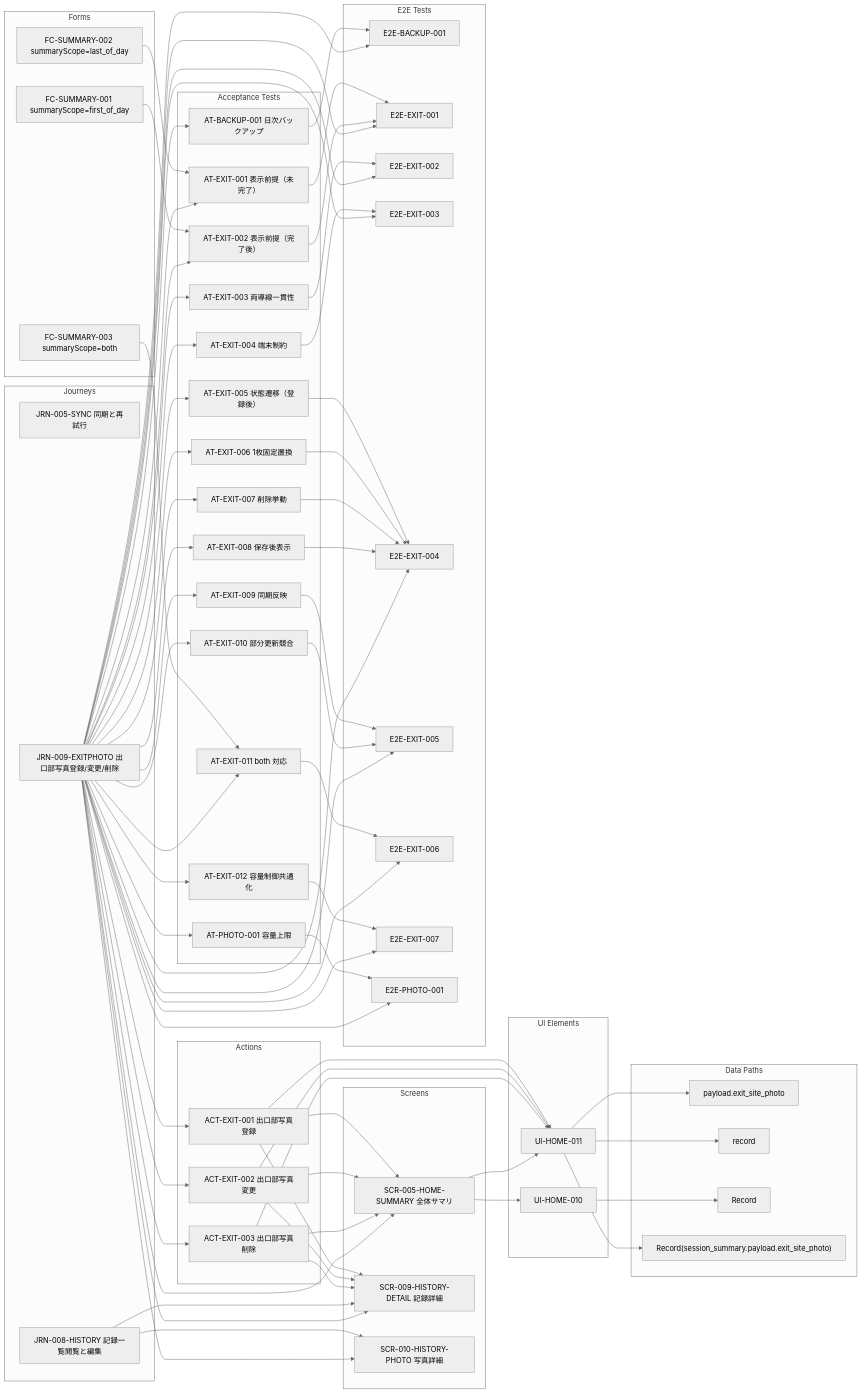
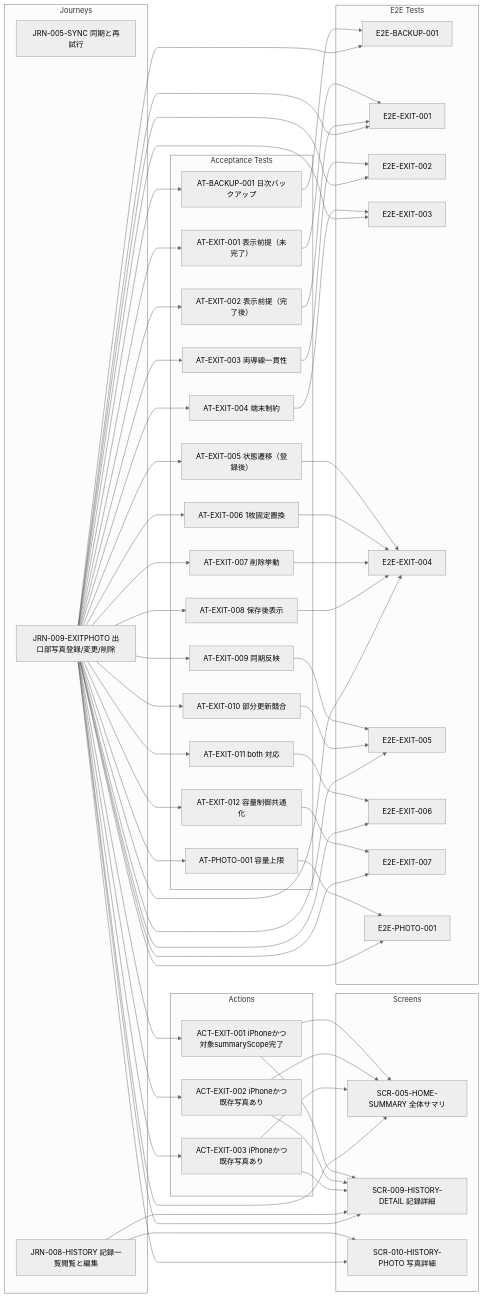
One commit to h-sakanet/capd_navi changed the diagram in docs/generated/screens/SCR-005-HOME-SUMMARY.md. Above: the diagram before and after it, drawn with Mermaid (neutral theme). The commit also changed 475 other files, not shown here.

````diff
--- a/docs/generated/screens/SCR-005-HOME-SUMMARY.md
+++ b/docs/generated/screens/SCR-005-HOME-SUMMARY.md
@@ -4,28 +4,19 @@
 flowchart LR
   %% SCR-005-HOME-SUMMARY
   subgraph JRN["Journeys"]
-    N34["JRN-005-SYNC 同期と再試行"]
-    N35["JRN-008-HISTORY 記録一覧閲覧と編集"]
-    N36["JRN-009-EXITPHOTO 出口部写真登録/変更/削除"]
+    N27["JRN-005-SYNC 同期と再試行"]
+    N28["JRN-008-HISTORY 記録一覧閲覧と編集"]
+    N29["JRN-009-EXITPHOTO 出口部写真登録/変更/削除"]
   end
   subgraph ACT["Actions"]
-    N1["ACT-EXIT-001 出口部写真登録"]
-    N2["ACT-EXIT-002 出口部写真変更"]
-    N3["ACT-EXIT-003 出口部写真削除"]
+    N1["ACT-EXIT-001 iPhoneかつ対象summaryScope完了"]
+    N2["ACT-EXIT-002 iPhoneかつ既存写真あり"]
+    N3["ACT-EXIT-003 iPhoneかつ既存写真あり"]
   end
   subgraph SCR["Screens"]
-    N37["SCR-005-HOME-SUMMARY 全体サマリ"]
-    N38["SCR-009-HISTORY-DETAIL 記録詳細"]
-    N39["SCR-010-HISTORY-PHOTO 写真詳細"]
-  end
-  subgraph FC["Forms"]
-    N31["FC-SUMMARY-001 summaryScope=first_of_day"]
-    N32["FC-SUMMARY-002 summaryScope=last_of_day"]
-    N33["FC-SUMMARY-003 summaryScope=both"]
-  end
-  subgraph UI["UI Elements"]
-    N40["UI-HOME-010"]
-    N41["UI-HOME-011"]
+    N30["SCR-005-HOME-SUMMARY 全体サマリ"]
+    N31["SCR-009-HISTORY-DETAIL 記録詳細"]
+    N32["SCR-010-HISTORY-PHOTO 写真詳細"]
   end
   subgraph AT["Acceptance Tests"]
     N4["AT-BACKUP-001 日次バックアップ"]
@@ -44,83 +35,65 @@
     N17["AT-PHOTO-001 容量上限"]
   end
   subgraph E2E["E2E Tests"]
-    N22["E2E-BACKUP-001"]
-    N23["E2E-EXIT-001"]
-    N24["E2E-EXIT-002"]
-    N25["E2E-EXIT-003"]
-    N26["E2E-EXIT-004"]
-    N27["E2E-EXIT-005"]
-    N28["E2E-EXIT-006"]
-    N29["E2E-EXIT-007"]
-    N30["E2E-PHOTO-001"]
+    N18["E2E-BACKUP-001"]
+    N19["E2E-EXIT-001"]
+    N20["E2E-EXIT-002"]
+    N21["E2E-EXIT-003"]
+    N22["E2E-EXIT-004"]
+    N23["E2E-EXIT-005"]
+    N24["E2E-EXIT-006"]
+    N25["E2E-EXIT-007"]
+    N26["E2E-PHOTO-001"]
   end
-  subgraph DATA["Data Paths"]
-    N18["payload.exit_site_photo"]
-    N19["record"]
-    N20["Record"]
-    N21["Record(session_summary.payload.exit_site_photo)"]
-  end
-  N1 --> N37
-  N1 --> N38
-  N1 --> N41
-  N2 --> N37
-  N2 --> N38
-  N2 --> N41
-  N3 --> N37
-  N3 --> N38
-  N3 --> N41
-  N4 --> N22
-  N5 --> N23
-  N6 --> N23
-  N7 --> N24
-  N8 --> N25
-  N9 --> N26
-  N10 --> N26
-  N11 --> N26
-  N12 --> N26
-  N13 --> N27
-  N14 --> N27
-  N15 --> N28
-  N16 --> N29
-  N17 --> N30
-  N31 --> N6
-  N32 --> N5
-  N33 --> N15
-  N35 --> N38
-  N35 --> N39
-  N36 --> N1
-  N36 --> N2
-  N36 --> N3
-  N36 --> N4
-  N36 --> N5
-  N36 --> N6
-  N36 --> N7
-  N36 --> N8
-  N36 --> N9
-  N36 --> N10
-  N36 --> N11
-  N36 --> N12
-  N36 --> N13
-  N36 --> N14
-  N36 --> N15
-  N36 --> N16
-  N36 --> N17
-  N36 --> N22
-  N36 --> N23
-  N36 --> N24
-  N36 --> N25
-  N36 --> N26
-  N36 --> N27
-  N36 --> N28
-  N36 --> N29
-  N36 --> N30
-  N36 --> N37
-  N36 --> N38
-  N36 --> N39
-  N37 --> N40
-  N37 --> N41
-  N40 --> N20
-  N41 --> N18
-  N41 --> N19
-  N41 --> N21
+  N1 --> N30
+  N1 --> N31
+  N2 --> N30
+  N2 --> N31
+  N3 --> N30
+  N3 --> N31
+  N4 --> N18
+  N5 --> N19
+  N6 --> N19
+  N7 --> N20
+  N8 --> N21
+  N9 --> N22
+  N10 --> N22
+  N11 --> N22
+  N12 --> N22
+  N13 --> N23
+  N14 --> N23
+  N15 --> N24
+  N16 --> N25
+  N17 --> N26
+  N28 --> N31
+  N28 --> N32
+  N29 --> N1
+  N29 --> N2
+  N29 --> N3
+  N29 --> N4
+  N29 --> N5
+  N29 --> N6
+  N29 --> N7
+  N29 --> N8
+  N29 --> N9
+  N29 --> N10
+  N29 --> N11
+  N29 --> N12
+  N29 --> N13
+  N29 --> N14
+  N29 --> N15
+  N29 --> N16
+  N29 --> N17
+  N29 --> N18
+  N29 --> N19
+  N29 --> N20
+  N29 --> N21
+  N29 --> N22
+  N29 --> N23
+  N29 --> N24
+  N29 --> N25
+  N29 --> N26
+  N29 --> N30
+  N29 --> N31
+  N29 --> N32
 ```
````
